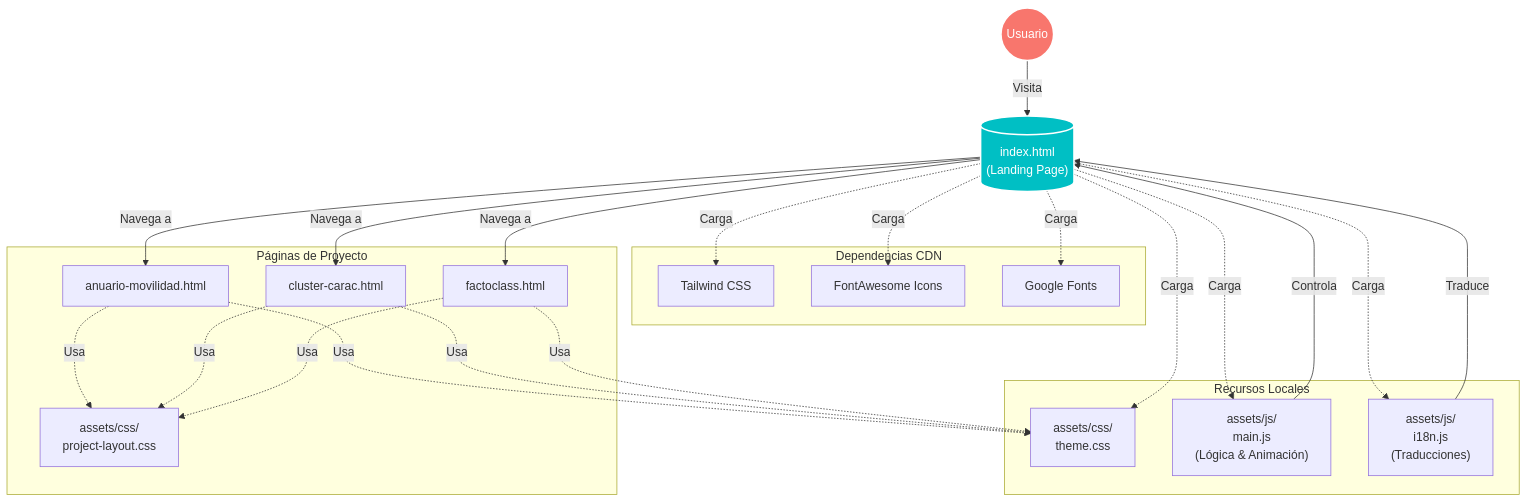
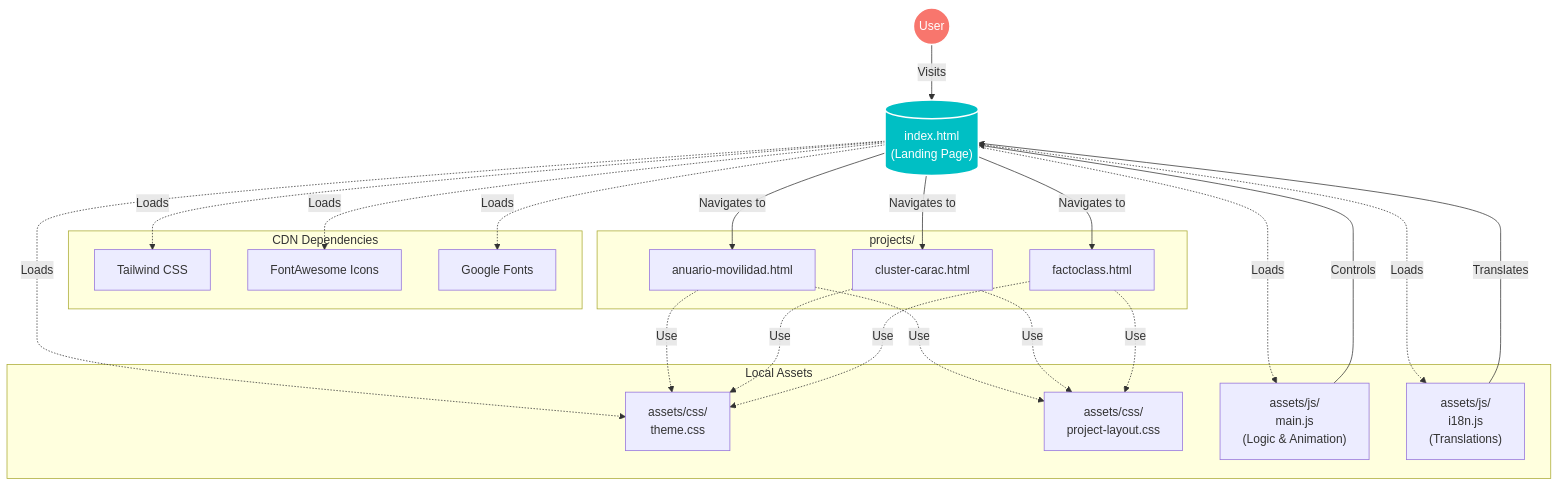
The diagram in README.md (pcdelcampon/portfolio), drawn with Mermaid before and after one commit. The commit also changed other lines of this file and 3 other files, not shown here.

````diff
--- a/README.md
+++ b/README.md
@@ -23,49 +32,47 @@
 ```mermaid
 graph TD
     %% Nodes
-    User((Usuario))
+    User((User))
     Index[("index.html\n(Landing Page)")]
     
-    subgraph Assets [Recursos Locales]
-        CSS["assets/css/\ntheme.css"]
-        JS_Main["assets/js/\nmain.js\n(Lógica & Animación)"]
-        JS_i18n["assets/js/\ni18n.js\n(Traducciones)"]
+    subgraph Assets [Local Assets]
+        CSS_Theme["assets/css/\ntheme.css"]
+        CSS_Proj["assets/css/\nproject-layout.css"]
+        JS_Main["assets/js/\nmain.js\n(Logic & Animation)"]
+        JS_i18n["assets/js/\ni18n.js\n(Translations)"]
     end
     
-    subgraph External [Dependencias CDN]
+    subgraph External [CDN Dependencies]
         TW[Tailwind CSS]
         FA[FontAwesome Icons]
         GFonts[Google Fonts]
     end
 
-    subgraph Portfolio [Páginas de Proyecto]
+    subgraph Portfolio [projects/]
         P1[anuario-movilidad.html]
         P2[cluster-carac.html]
         P3[factoclass.html]
-        P_CSS["assets/css/\nproject-layout.css"]
     end
 
     %% Connections
-    User -->|Visita| Index
+    User -->|Visits| Index
     
-    Index -.->|Carga| CSS
-    Index -.->|Carga| JS_Main
-    Index -.->|Carga| JS_i18n
-    Index -.->|Carga| TW
-    Index -.->|Carga| FA & GFonts
+    Index -.->|Loads| CSS_Theme
+    Index -.->|Loads| JS_Main
+    Index -.->|Loads| JS_i18n
+    Index -.->|Loads| TW
+    Index -.->|Loads| FA & GFonts
     
-    JS_Main -->|Controla| Index
-    JS_i18n -->|Traduce| Index
+    JS_Main -->|Controls| Index
+    JS_i18n -->|Translates| Index
     
-    Index -->|Navega a| P1
-    Index -->|Navega a| P2
-    Index -->|Navega a| P3
+    Index -->|Navigates to| P1
+    Index -->|Navigates to| P2
+    Index -->|Navigates to| P3
     
-    P1 -.->|Usa| P_CSS
-    P2 -.->|Usa| P_CSS
-    P3 -.->|Usa| P_CSS
-    P1 & P2 & P3 -.->|Usa| CSS
+    P1 & P2 & P3 -.->|Use| CSS_Proj
+    P1 & P2 & P3 -.->|Use| CSS_Theme
     
     style Index fill:#00bfc4,stroke:#fff,stroke-width:2px,color:#fff
     style User fill:#f8766d,stroke:#fff,stroke-width:2px,color:#fff
 ```
````
